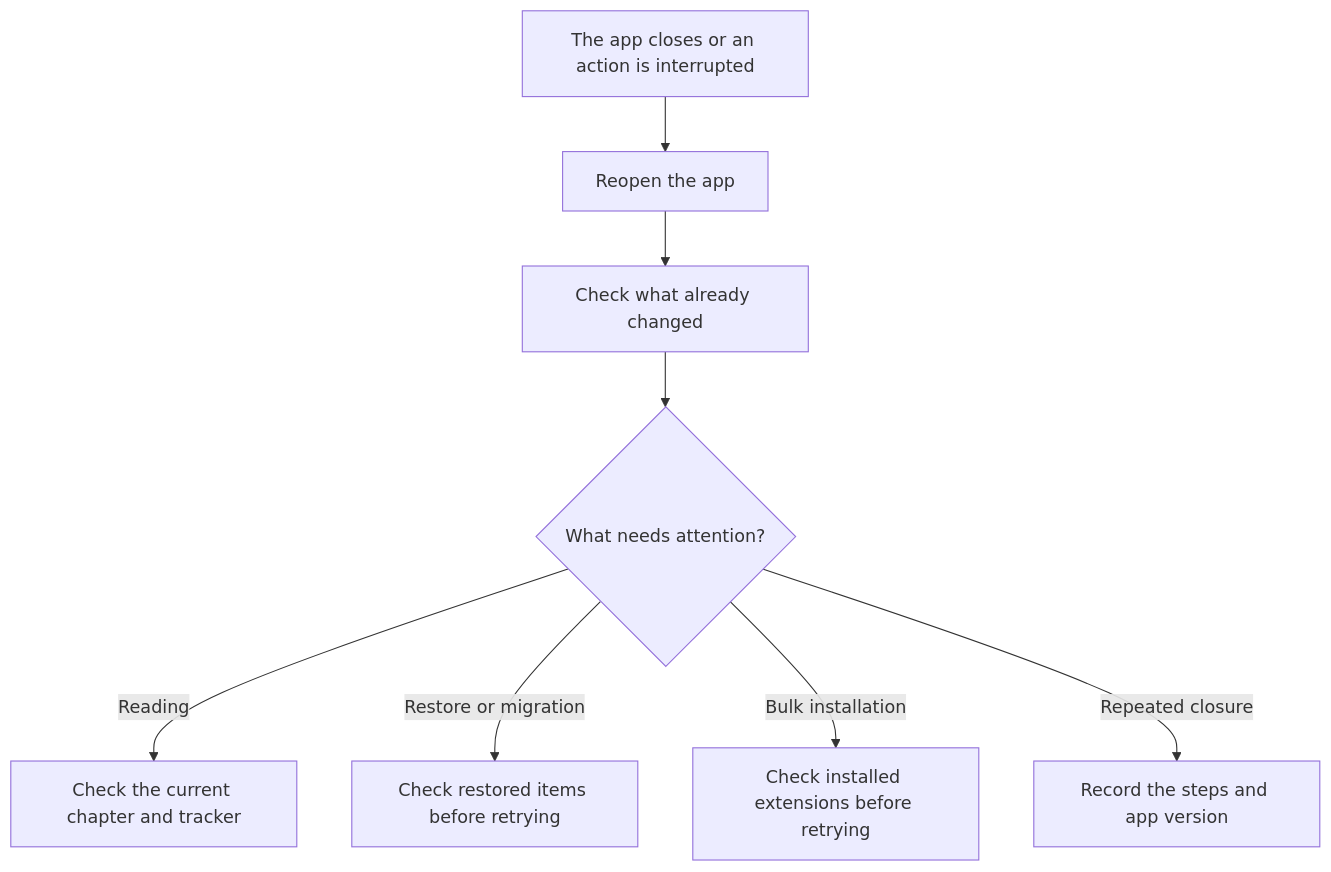
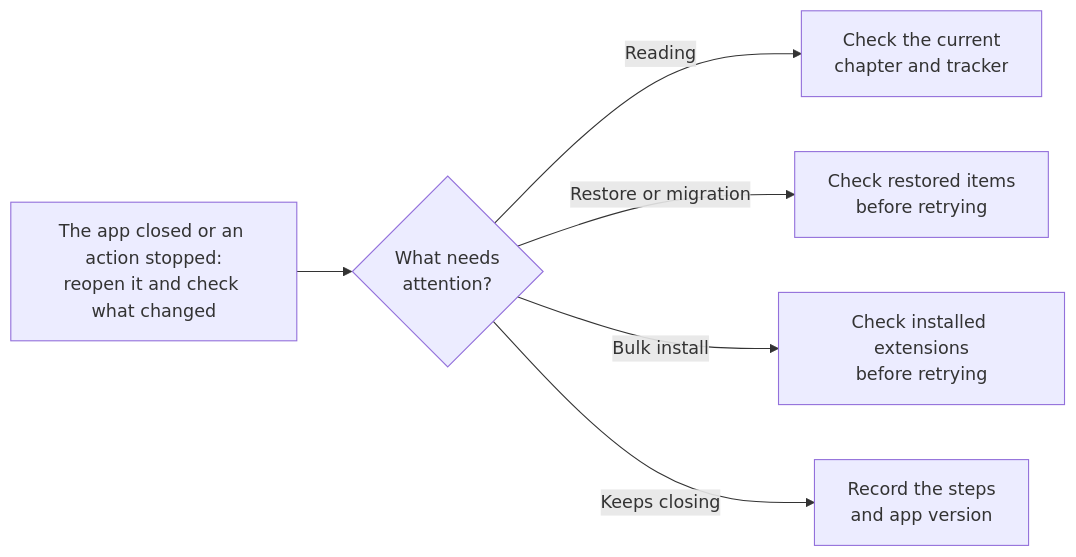
The fifth of 5 diagrams in docs/kmk/feature-guides/troubleshooting.md (FancyCorey/komikku-fc), drawn with Mermaid before and after one commit. The commit also changed other lines of this file and 93 other files, not shown here.

````diff
--- a/docs/kmk/feature-guides/troubleshooting.md
+++ b/docs/kmk/feature-guides/troubleshooting.md
@@ -98,10 +101,8 @@
 ```mermaid
-flowchart TD
-    Stop["The app closes or an action is interrupted"] --> Open["Reopen the app"]
-    Open --> State["Check what already changed"]
-    State --> Choice{"What needs attention?"}
-    Choice -->|Reading| Chapter["Check the current chapter and tracker"]
-    Choice -->|Restore or migration| Backup["Check restored items before retrying"]
-    Choice -->|Bulk installation| Installed["Check installed extensions before retrying"]
-    Choice -->|Repeated closure| Report["Record the steps and app version"]
+flowchart LR
+    Stop["The app closed or an action stopped:<br/>reopen it and check what changed"] --> Choice{"What needs<br/>attention?"}
+    Choice -->|Reading| Chapter["Check the current<br/>chapter and tracker"]
+    Choice -->|Restore or migration| Backup["Check restored items<br/>before retrying"]
+    Choice -->|Bulk install| Installed["Check installed extensions<br/>before retrying"]
+    Choice -->|Keeps closing| Report["Record the steps<br/>and app version"]
 ```
````
